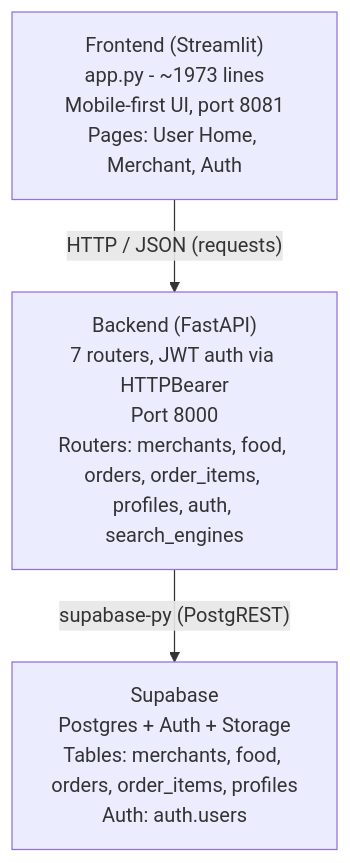
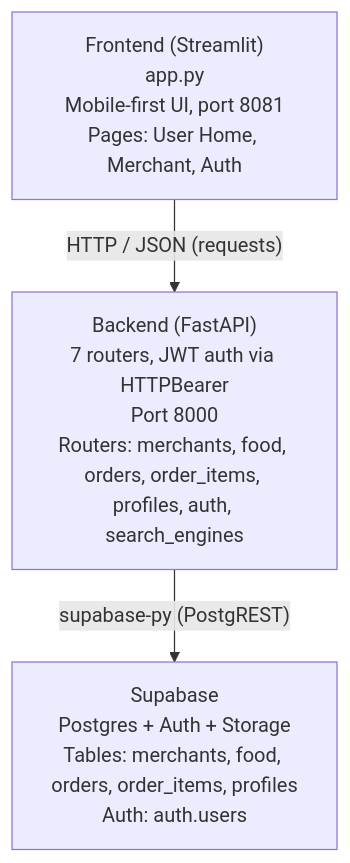
Before and after one commit to TienNhat5103/LoopBite: the first of 7 diagrams in ARCHITECTURE.md, drawn with Mermaid. The commit also changed other lines of this file, not shown here.

Commit message:
fix: remove line count from frontend architecture diagram for clarity

````diff
--- a/ARCHITECTURE.md
+++ b/ARCHITECTURE.md
@@ -11,9 +11,9 @@
 ```mermaid
 flowchart TD
-    FE["Frontend (Streamlit)<br/>app.py - ~1973 lines<br/>Mobile-first UI, port 8081<br/>Pages: User Home, Merchant, Auth"]
+    FE["Frontend (Streamlit)<br/>app.py<br/>Mobile-first UI, port 8081<br/>Pages: User Home, Merchant, Auth"]
     BE["Backend (FastAPI)<br/>7 routers, JWT auth via HTTPBearer<br/>Port 8000<br/>Routers: merchants, food, orders, order_items, profiles, auth, search_engines"]
     SB["Supabase<br/>Postgres + Auth + Storage<br/>Tables: merchants, food, orders, order_items, profiles<br/>Auth: auth.users"]
 
     FE -->|"HTTP / JSON (requests)"| BE
     BE -->|"supabase-py (PostgREST)"| SB
 ```
````
